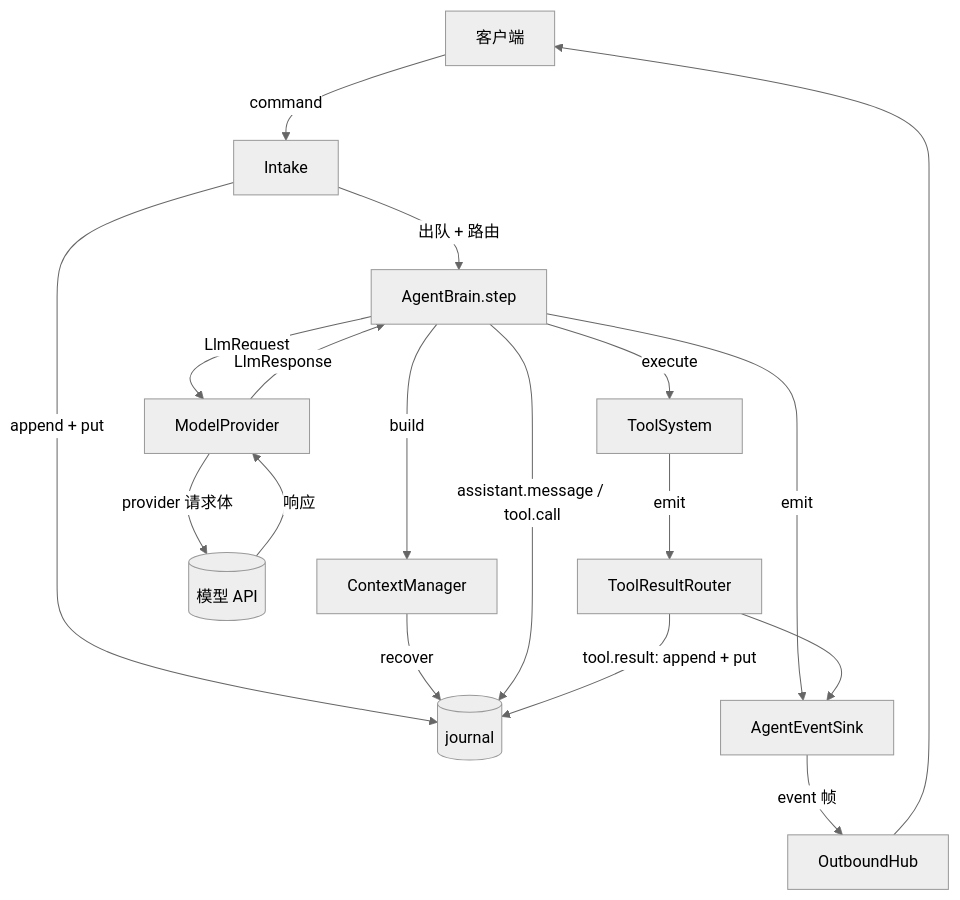
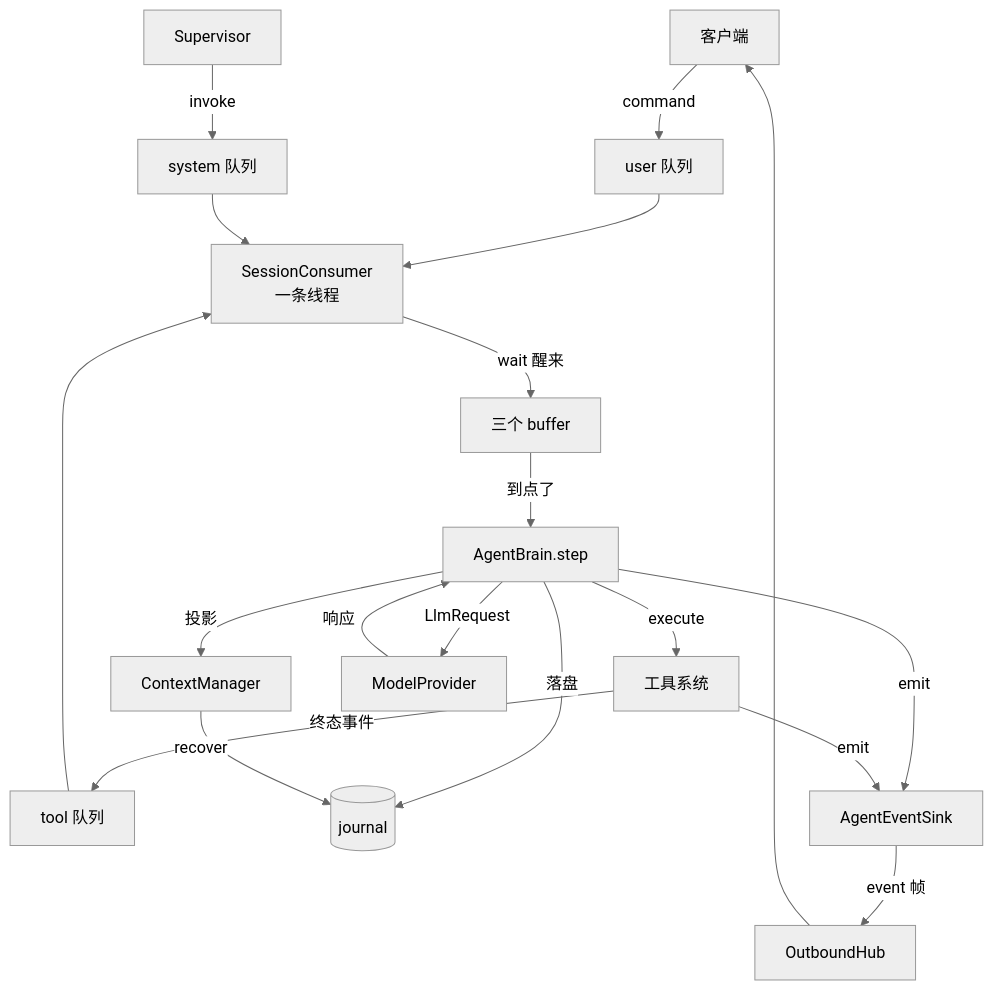
One commit to HymioSpace/Oath changed the diagram in spec/feature-agent-runtime.md. Above: the diagram before and after it, drawn with Mermaid (neutral theme). The commit also changed other lines of this file and 37 other files, not shown here.

First line of the commit message:
refactor(agent)!: 入站改成 queue → buffer → brain，journal 只由 brain 写

````diff
--- a/spec/feature-agent-runtime.md
+++ b/spec/feature-agent-runtime.md
@@ -38,20 +36,21 @@
 ```mermaid
 flowchart TD
-    Client[客户端] -->|command| Intake[Intake]
-    Intake -->|append + put| Journal[(journal)]
-    Intake -->|出队 + 路由| Brain[AgentBrain.step]
-    Brain -->|build| CM[ContextManager]
+    Client[客户端] -->|command| Q1
+    Tools[工具系统] -->|终态事件| Q2
+    Super[Supervisor] -->|invoke| Q3
+    Q1[user 队列] --> C
+    Q2[tool 队列] --> C
+    Q3[system 队列] --> C
+    C[SessionConsumer<br/>一条线程] -->|wait 醒来| D[三个 buffer]
+    D -->|到点了| B[AgentBrain.step]
+    B -->|落盘| Journal[(journal)]
+    B -->|投影| CM[ContextManager]
     CM -->|recover| Journal
-    Brain -->|LlmRequest| Provider[ModelProvider]
-    Provider -->|provider 请求体| LLM[(模型 API)]
-    LLM -->|响应| Provider
-    Provider -->|LlmResponse| Brain
-    Brain -->|assistant.message / tool.call| Journal
-    Brain -->|emit| Sink[AgentEventSink]
-    Brain -->|execute| Tools[ToolSystem]
-    Tools -->|emit| Router[ToolResultRouter]
-    Router -->|tool.result: append + put| Journal
-    Router --> Sink
+    B -->|LlmRequest| Provider[ModelProvider]
+    Provider -->|响应| B
+    B -->|execute| Tools
+    B -->|emit| Sink[AgentEventSink]
     Sink -->|event 帧| Hub[OutboundHub]
     Hub --> Client
+    Tools -->|emit| Sink
 ```
````
